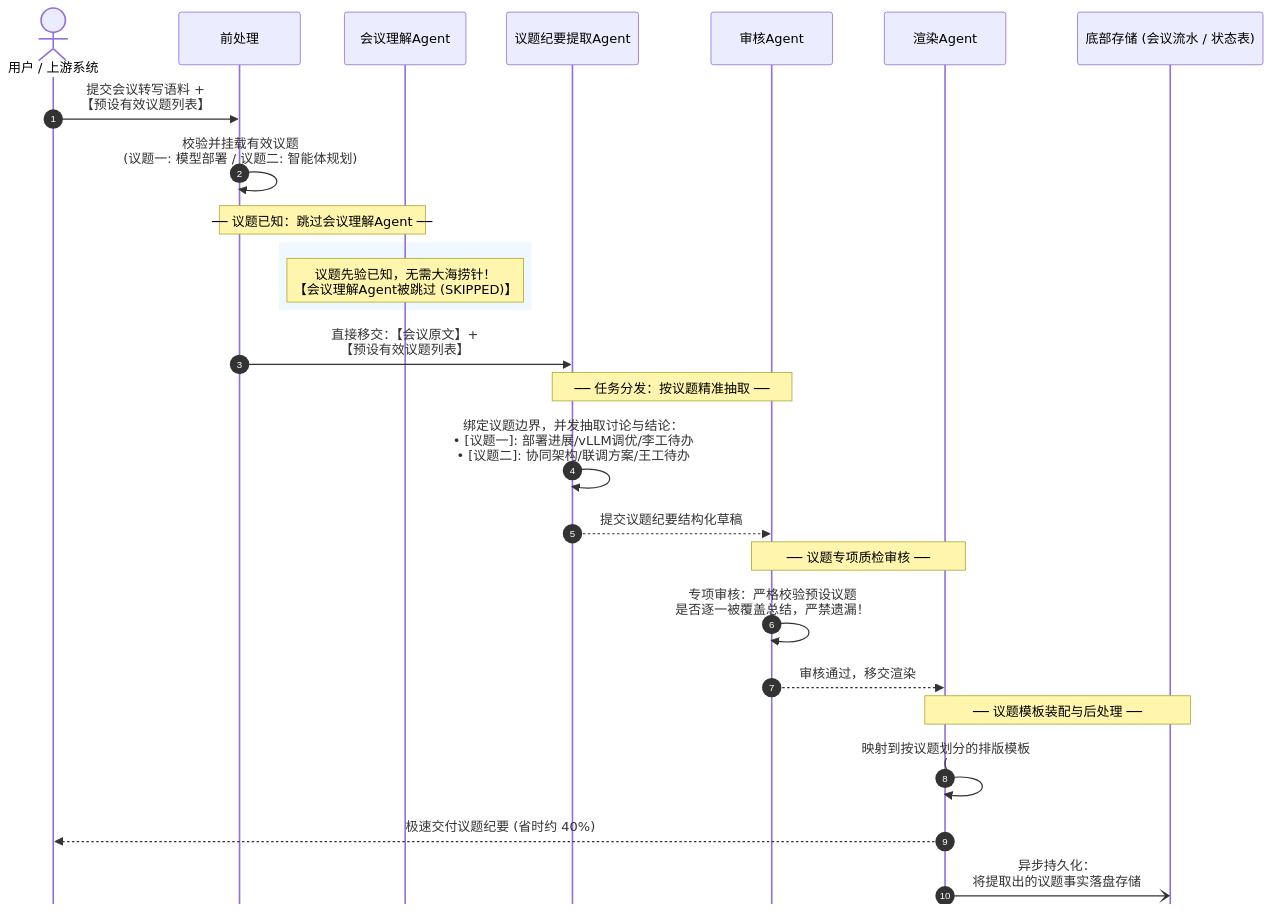
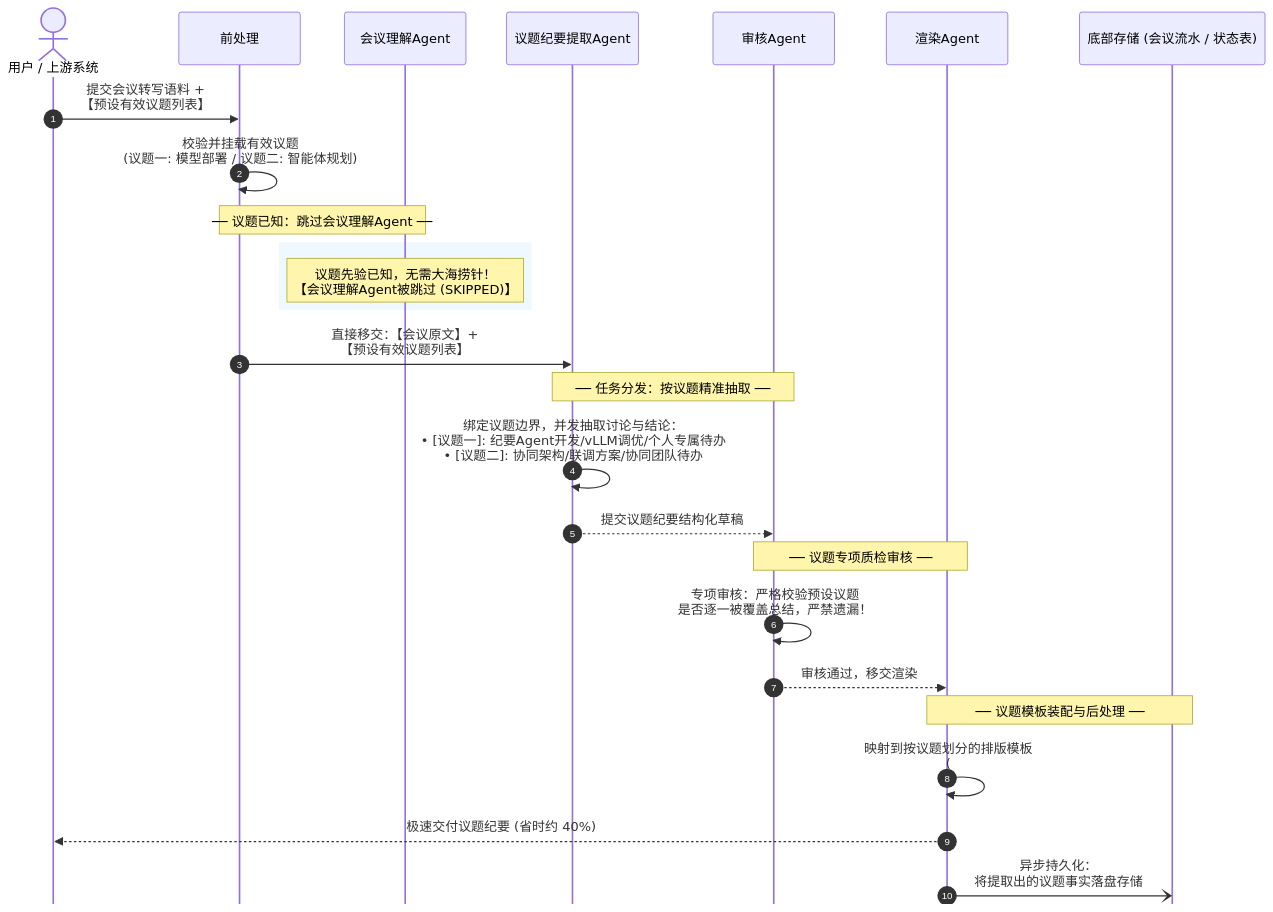
The second of 3 diagrams in MINUTES_AGENT_WORKFLOW_UML.md (ohhhhh-hyf/AgentFlow), drawn with Mermaid before and after one commit. The commit also changed other lines of this file and 1 other file, not shown here.

````diff
--- a/MINUTES_AGENT_WORKFLOW_UML.md
+++ b/MINUTES_AGENT_WORKFLOW_UML.md
@@ -120,34 +120,34 @@
 ```mermaid
 %%{init: {'theme': 'default', 'themeVariables': {'fontSize': '16px', 'actorFontSize': '16px', 'messageFontSize': '15px', 'noteFontSize': '14px'}, 'sequence': {'mirrorActors': false, 'messageMargin': 15, 'noteMargin': 8}}}%%
 sequenceDiagram
     autonumber
     actor User as 用户 / 上游系统
     participant Pre as 前处理
     participant Understand as 会议理解Agent
     participant Dispatch as 议题纪要提取Agent
     participant QA as 审核Agent
     participant Render as 渲染Agent
     participant Storage as 底部存储 (会议流水 / 状态表)
 
     User->>Pre: 提交会议转写语料 +<br/>【预设有效议题列表】
     Pre->>Pre: 校验并挂载有效议题<br/>(议题一: 模型部署 / 议题二: 智能体规划)
 
     Note over Pre, Understand: ── 议题已知：跳过会议理解Agent ──
     rect rgb(240, 248, 255)
         Note over Understand: 议题先验已知，无需大海捞针！<br/>【会议理解Agent被跳过 (SKIPPED)】
     end
     Pre->>Dispatch: 直接移交：【会议原文】+<br/>【预设有效议题列表】
 
     Note over Dispatch, QA: ── 任务分发：按议题精准抽取 ──
-    Dispatch->>Dispatch: 绑定议题边界，并发抽取讨论与结论：<br/>• [议题一]: 部署进展/vLLM调优/李工待办<br/>• [议题二]: 协同架构/联调方案/王工待办
+    Dispatch->>Dispatch: 绑定议题边界，并发抽取讨论与结论：<br/>• [议题一]: 纪要Agent开发/vLLM调优/个人专属待办<br/>• [议题二]: 协同架构/联调方案/协同团队待办
     Dispatch-->>QA: 提交议题纪要结构化草稿
 
     Note over QA, Render: ── 议题专项质检审核 ──
     QA->>QA: 专项审核：严格校验预设议题<br/>是否逐一被覆盖总结，严禁遗漏！
     QA-->>Render: 审核通过，移交渲染
 
     Note over Render, Storage: ── 议题模板装配与后处理 ──
     Render->>Render: 映射到按议题划分的排版模板<br/>(## 议题一 / ## 议题二)
     Render-->>User: 极速交付议题纪要 (省时约 40%)
     Render-)Storage: 异步持久化：<br/>将提取出的议题事实落盘存储
 ```
````
